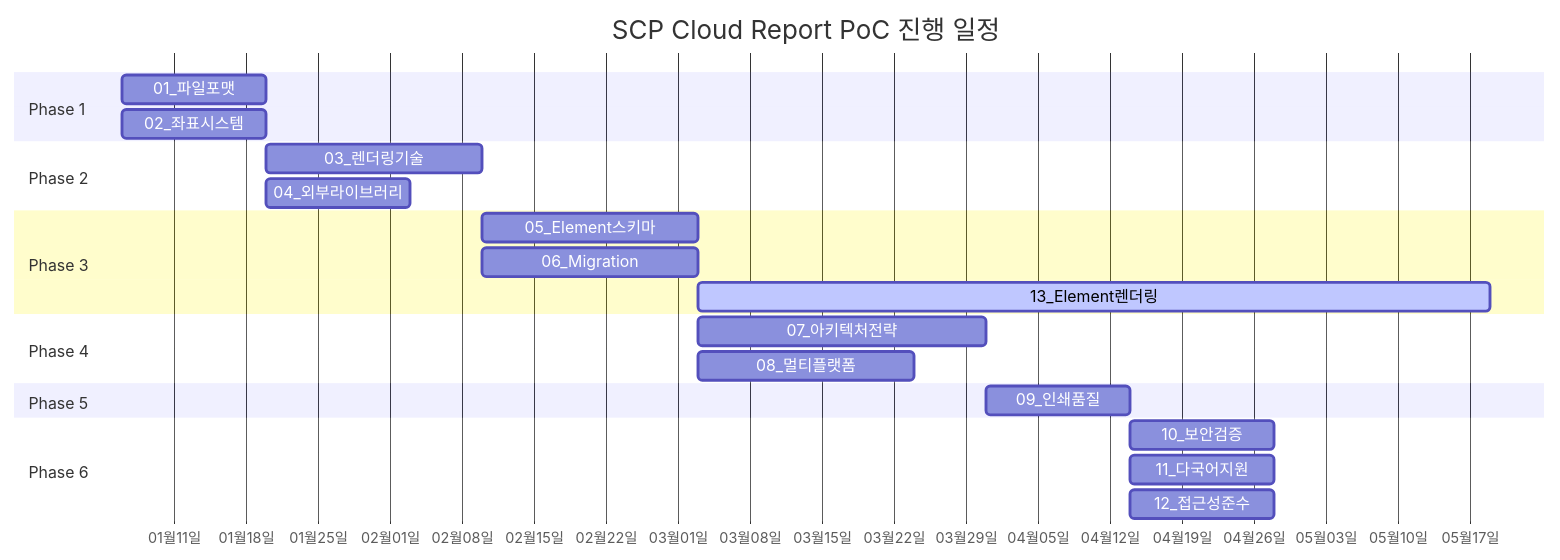
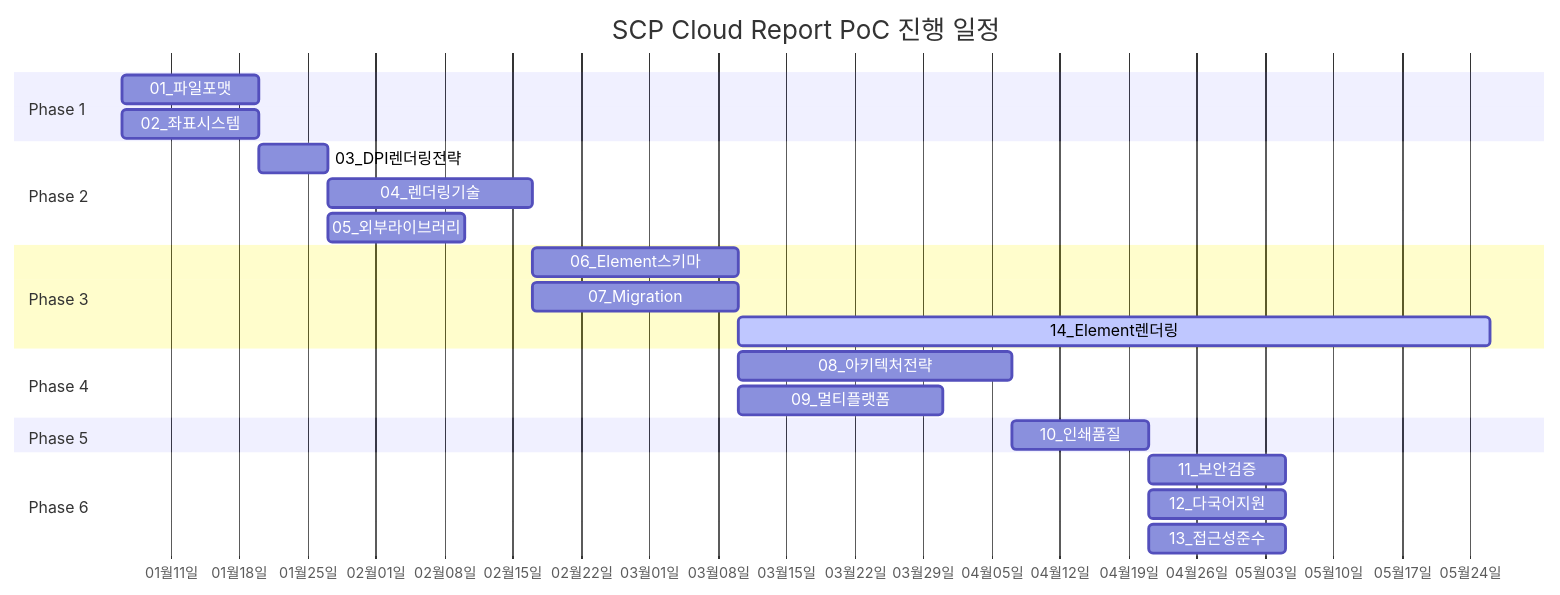
The first of 2 diagrams in docs/SCP Cloud Server 연구/리포트 연구/SCP Cloud Report PoC 설계.md (gracegyu/scp-architecture), drawn with Mermaid before and after one commit. The commit also changed other lines of this file and 16 other files, not shown here.

````diff
--- a/docs/SCP Cloud Server 연구/리포트 연구/SCP Cloud Report PoC 설계.md
+++ b/docs/SCP Cloud Server 연구/리포트 연구/SCP Cloud Report PoC 설계.md
@@ -65,32 +66,33 @@
 ```mermaid
 gantt
     title SCP Cloud Report PoC 진행 일정
     dateFormat  YYYY-MM-DD
     axisFormat  %m월%d일
     todayMarker off
 
     section Phase 1
     01_파일포맷        :poc01, 2026-01-06, 14d
     02_좌표시스템      :poc02, 2026-01-06, 14d
 
     section Phase 2
-    03_렌더링기술      :poc03, after poc01, 21d
-    04_외부라이브러리   :poc04, after poc01, 14d
+    03_DPI렌더링전략   :poc03, after poc02, 7d
+    04_렌더링기술      :poc04, after poc03, 21d
+    05_외부라이브러리   :poc05, after poc03, 14d
 
     section Phase 3
-    05_Element스키마   :poc05, after poc03, 21d
-    06_Migration      :poc06, after poc03, 21d
-    13_Element렌더링   :active, poc13, after poc05, 77d
+    06_Element스키마   :poc06, after poc04, 21d
+    07_Migration      :poc07, after poc04, 21d
+    14_Element렌더링   :active, poc14, after poc06, 77d
 
     section Phase 4
-    07_아키텍처전략    :poc07, after poc05, 28d
-    08_멀티플랫폼      :poc08, after poc05, 21d
+    08_아키텍처전략    :poc08, after poc06, 28d
+    09_멀티플랫폼      :poc09, after poc06, 21d
 
     section Phase 5
-    09_인쇄품질       :poc09, after poc07, 14d
+    10_인쇄품질       :poc10, after poc08, 14d
 
     section Phase 6
-    10_보안검증       :poc10, after poc09, 14d
-    11_다국어지원      :poc11, after poc09, 14d
-    12_접근성준수      :poc12, after poc09, 14d
+    11_보안검증       :poc11, after poc10, 14d
+    12_다국어지원      :poc12, after poc10, 14d
+    13_접근성준수      :poc13, after poc10, 14d
 ```
````
